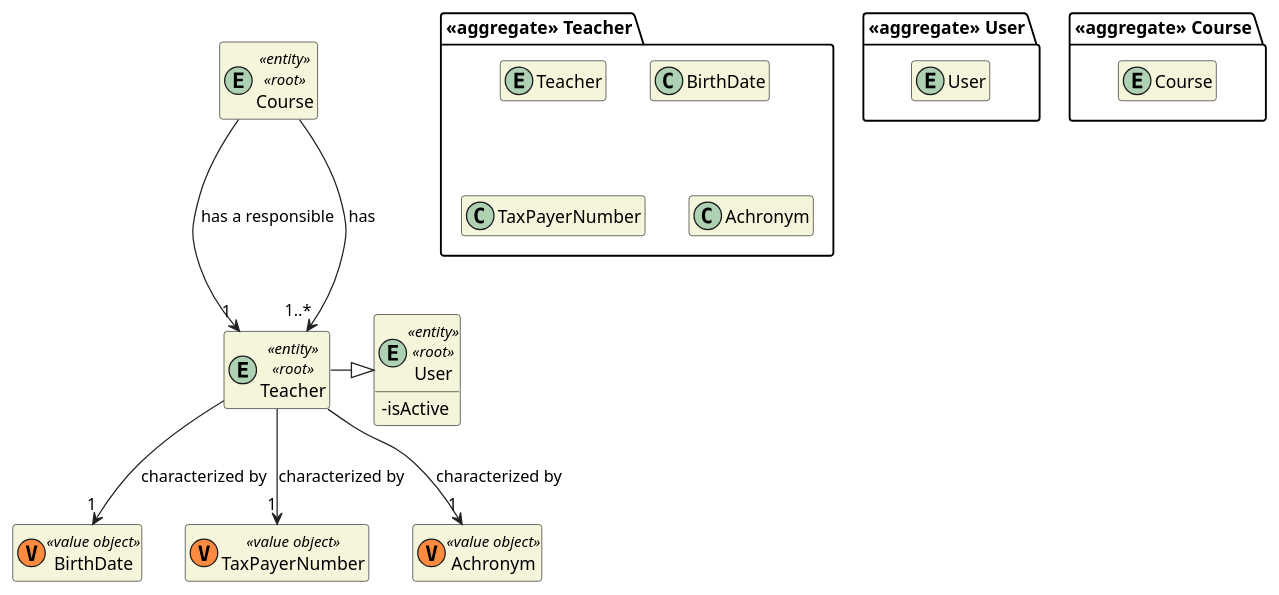
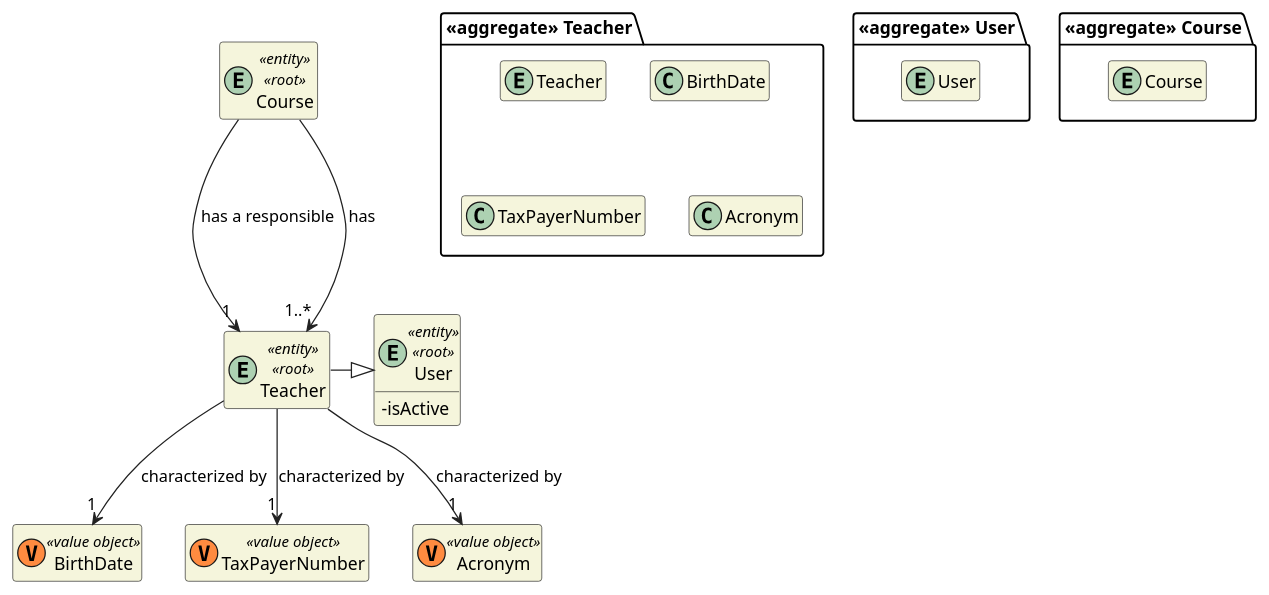
One commit to miseEnPlace-dev/lapr4 changed the diagram in docs/dm/DM_Teacher.puml. Above: the diagram before and after it, drawn with PlantUML. The commit also changed 1 other file, not shown here.

```diff
--- a/docs/dm/DM_Teacher.puml
+++ b/docs/dm/DM_Teacher.puml
@@ -1,49 +1,49 @@
 @startuml DM-TEACHER
 'https://plantuml.com/class-diagram
 
 skinparam classAttributeIconSize 0
 hide empty attributes
 hide empty methods
 skinparam classBackgroundColor beige
 skinparam ArrowColor #222222
 
 package "<<aggregate>> User" {
     entity User
 }
 
 entity User <<entity>> <<root>> {
   - isActive
 }
 
 package "<<aggregate>> Course" {
   entity Course
 }
 
 entity Course <<entity>> <<root>> {
 }
 
 package "<<aggregate>> Teacher" {
   entity Teacher
 
   class BirthDate
   class TaxPayerNumber
-  class Achronym
+  class Acronym
 }
 
 entity Teacher <<entity>> <<root>> {
 }
 
 class BirthDate <<(V,#FF8B40) value object>> {}
 class TaxPayerNumber <<(V,#FF8B40) value object>> {}
-class Achronym <<(V,#FF8B40) value object>> {}
+class Acronym <<(V,#FF8B40) value object>> {}
 
 Teacher --> "1" BirthDate : characterized by
 Teacher --> "1" TaxPayerNumber : characterized by
-Teacher --> "1" Achronym : characterized by
+Teacher --> "1" Acronym : characterized by
 
 Teacher -|> User
 
 Course --> "1" Teacher : has a responsible
 Course ---> "1..*" Teacher : has
 
 @enduml
```
